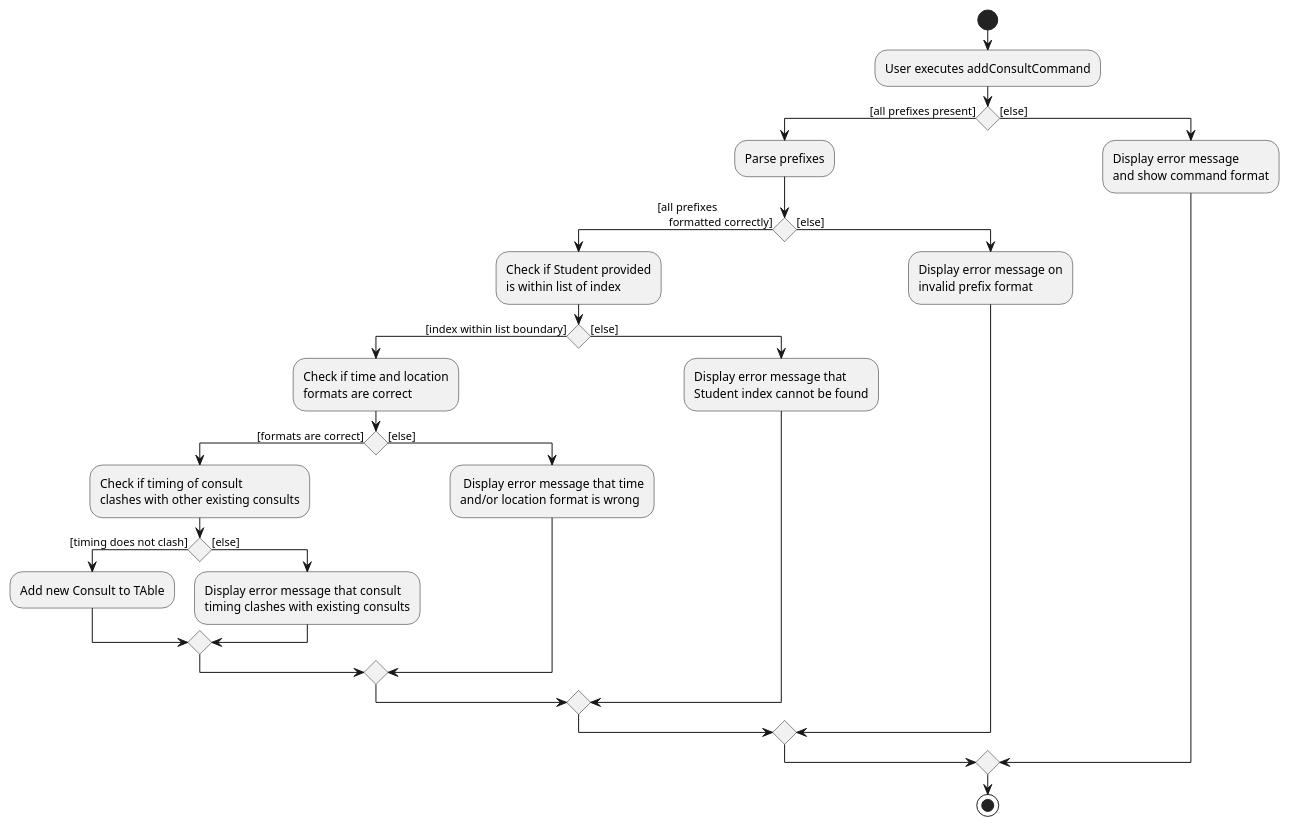
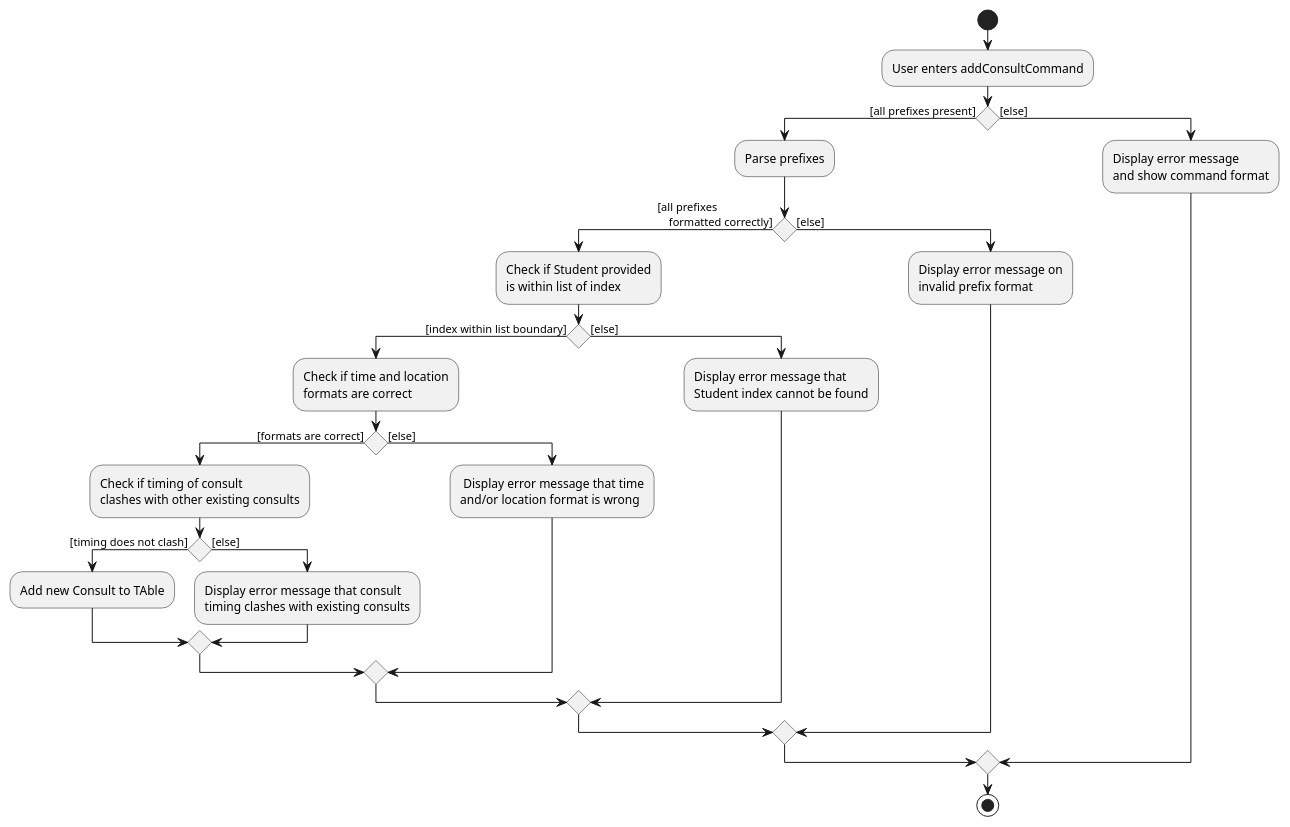
The diagram in docs/diagrams/AddConsultActivityDiagram.puml (suwoons/main), drawn with PlantUML before and after one commit. The commit also changed 1 other file, not shown here.

```diff
--- a/docs/diagrams/AddConsultActivityDiagram.puml
+++ b/docs/diagrams/AddConsultActivityDiagram.puml
@@ -1,40 +1,40 @@
 @startuml
 start
-:User executes addConsultCommand;
+:User enters addConsultCommand;
 
 if () then ([all prefixes present])
     :Parse prefixes;
     if () then ([all prefixes
     formatted correctly])
         :Check if Student provided
         is within list of index;
         if () then ([index within list boundary])
             :Check if time and location
             formats are correct;
             if() then ([formats are correct])
                 :Check if timing of consult
                 clashes with other existing consults;
                 if() then ([timing does not clash])
                     :Add new Consult to TAble;
                  else ([else])
                     :Display error message that consult
                     timing clashes with existing consults;
                 endif
             else ([else])
                 : Display error message that time
                 and/or location format is wrong;
             endif
         else ([else])
             :Display error message that
             Student index cannot be found;
         endif
     else ([else])
         :Display error message on
         invalid prefix format;
     endif
 else ([else])
     :Display error message
     and show command format;
 endif
 stop
 @enduml
```
